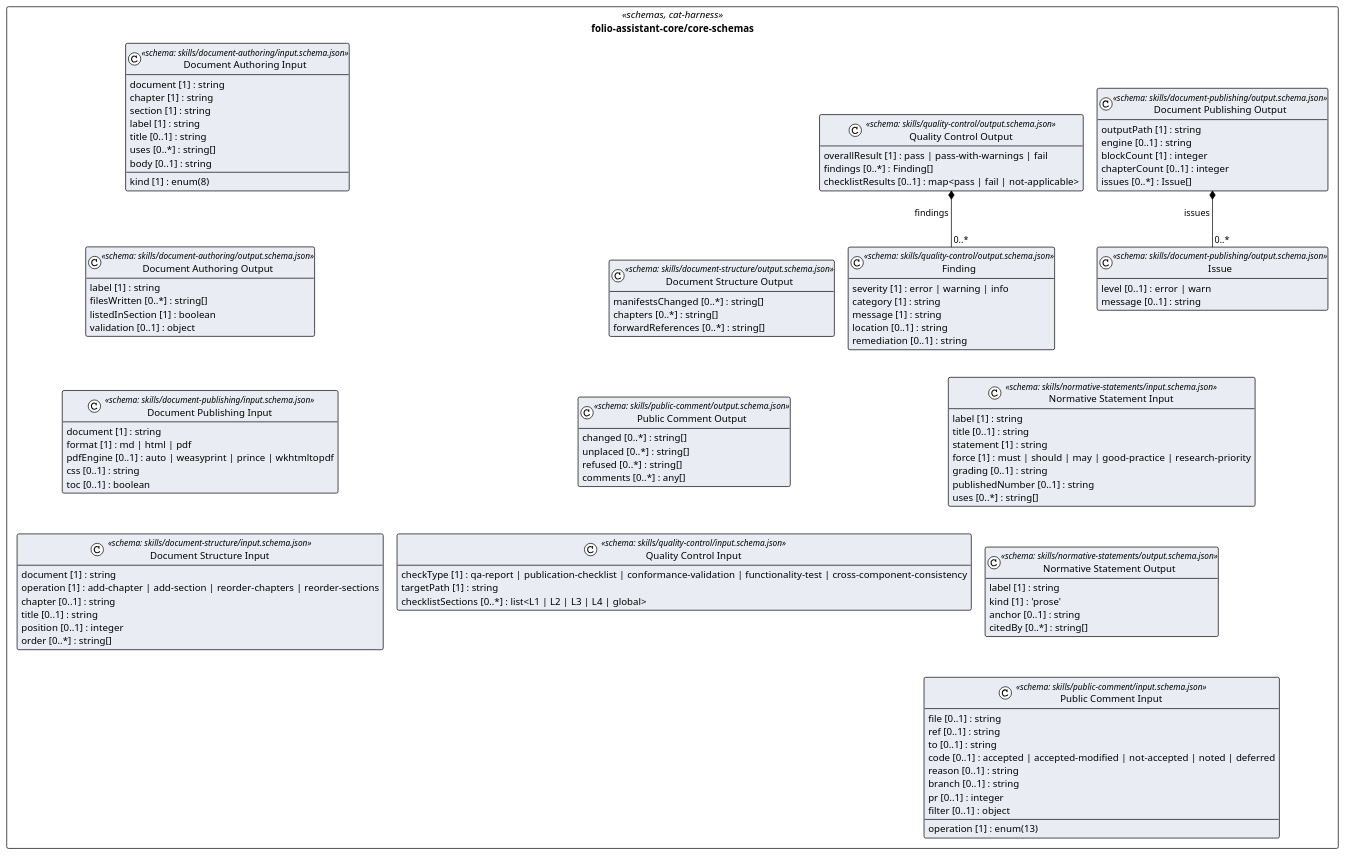
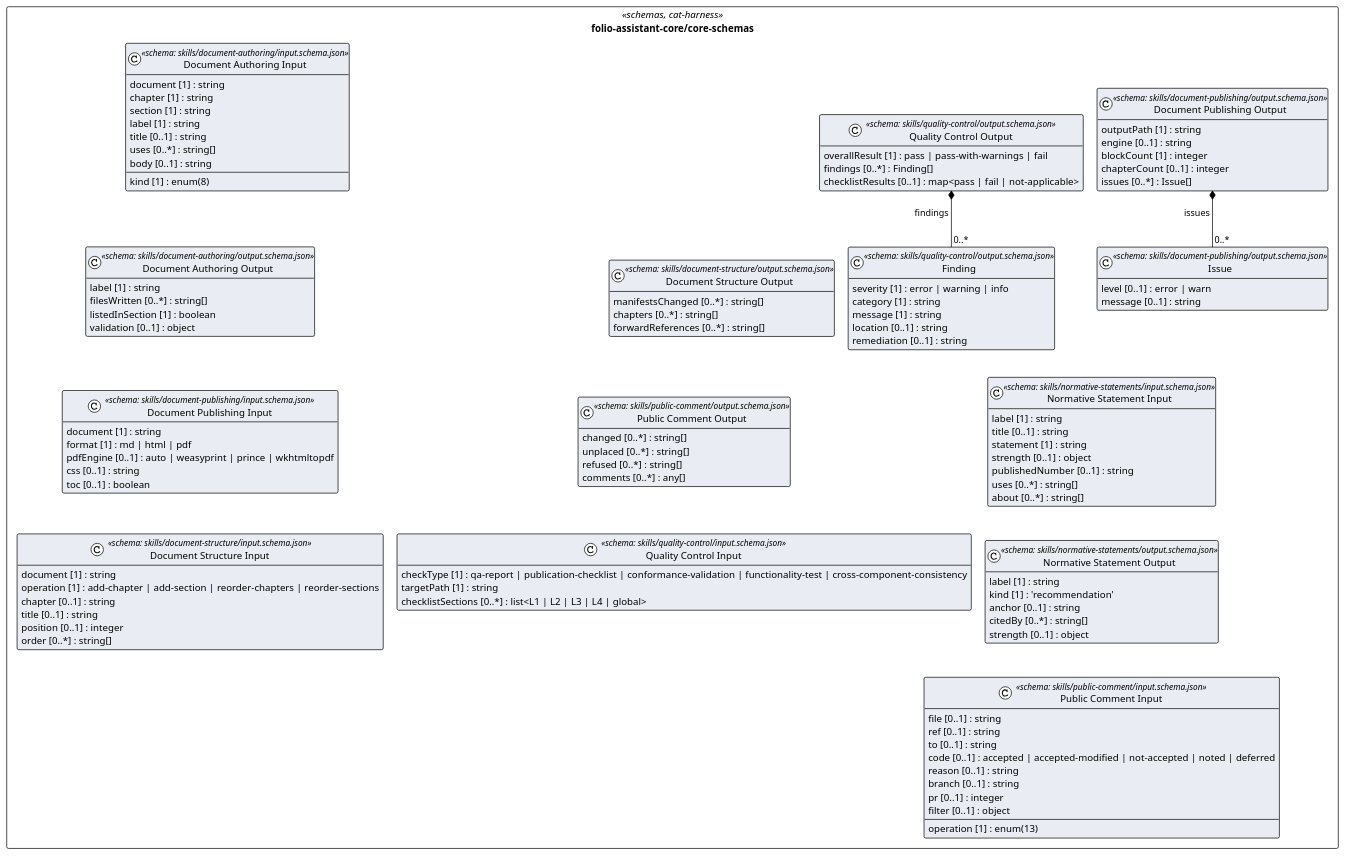
The diagram in uml/overview/folio-assistant-core/core-schemas.puml (litlfred/cat-harness), drawn with PlantUML before and after one commit. The commit also changed 1163 other files, not shown here.

```diff
--- a/uml/overview/folio-assistant-core/core-schemas.puml
+++ b/uml/overview/folio-assistant-core/core-schemas.puml
@@ -3,110 +3,111 @@
 @startuml folio_assistant_core_core_schemas
 !pragma layout elk
 !theme plain
 skinparam classAttributeIconSize 0
 skinparam shadowing false
 skinparam packageStyle rectangle
 hide empty methods
 
 package "folio-assistant-core/core-schemas" as pkg_folio_assistant_core_core_schemas <<schemas, cat-harness>> {
   class "Document Authoring Input" as folio_assistant_core_core_schemas_skills_document_authoring_input_schema_json_Document_Authoring_Input <<schema: skills/document-authoring/input.schema.json>> #e9edf3 {
     document [1] : string
     chapter [1] : string
     section [1] : string
     kind [1] : enum(8)
     label [1] : string
     title [0..1] : string
     uses [0..*] : string[]
     body [0..1] : string
   }
   class "Document Authoring Output" as folio_assistant_core_core_schemas_skills_document_authoring_output_schema_json_Document_Authoring_Output <<schema: skills/document-authoring/output.schema.json>> #e9edf3 {
     label [1] : string
     filesWritten [0..*] : string[]
     listedInSection [1] : boolean
     validation [0..1] : object
   }
   class "Document Publishing Input" as folio_assistant_core_core_schemas_skills_document_publishing_input_schema_json_Document_Publishing_Input <<schema: skills/document-publishing/input.schema.json>> #e9edf3 {
     document [1] : string
     format [1] : md | html | pdf
     pdfEngine [0..1] : auto | weasyprint | prince | wkhtmltopdf
     css [0..1] : string
     toc [0..1] : boolean
   }
   class "Issue" as folio_assistant_core_core_schemas_skills_document_publishing_output_schema_json_Issue <<schema: skills/document-publishing/output.schema.json>> #e9edf3 {
     level [0..1] : error | warn
     message [0..1] : string
   }
   class "Document Publishing Output" as folio_assistant_core_core_schemas_skills_document_publishing_output_schema_json_Document_Publishing_Output <<schema: skills/document-publishing/output.schema.json>> #e9edf3 {
     outputPath [1] : string
     engine [0..1] : string
     blockCount [1] : integer
     chapterCount [0..1] : integer
     issues [0..*] : Issue[]
   }
   class "Document Structure Input" as folio_assistant_core_core_schemas_skills_document_structure_input_schema_json_Document_Structure_Input <<schema: skills/document-structure/input.schema.json>> #e9edf3 {
     document [1] : string
     operation [1] : add-chapter | add-section | reorder-chapters | reorder-sections
     chapter [0..1] : string
     title [0..1] : string
     position [0..1] : integer
     order [0..*] : string[]
   }
   class "Document Structure Output" as folio_assistant_core_core_schemas_skills_document_structure_output_schema_json_Document_Structure_Output <<schema: skills/document-structure/output.schema.json>> #e9edf3 {
     manifestsChanged [0..*] : string[]
     chapters [0..*] : string[]
     forwardReferences [0..*] : string[]
   }
   class "Normative Statement Input" as folio_assistant_core_core_schemas_skills_normative_statements_input_schema_json_Normative_Statement_Input <<schema: skills/normative-statements/input.schema.json>> #e9edf3 {
     label [1] : string
     title [0..1] : string
     statement [1] : string
-    force [1] : must | should | may | good-practice | research-priority
-    grading [0..1] : string
+    strength [0..1] : object
     publishedNumber [0..1] : string
     uses [0..*] : string[]
+    about [0..*] : string[]
   }
   class "Normative Statement Output" as folio_assistant_core_core_schemas_skills_normative_statements_output_schema_json_Normative_Statement_Output <<schema: skills/normative-statements/output.schema.json>> #e9edf3 {
     label [1] : string
-    kind [1] : 'prose'
+    kind [1] : 'recommendation'
     anchor [0..1] : string
     citedBy [0..*] : string[]
+    strength [0..1] : object
   }
   class "Public Comment Input" as folio_assistant_core_core_schemas_skills_public_comment_input_schema_json_Public_Comment_Input <<schema: skills/public-comment/input.schema.json>> #e9edf3 {
     operation [1] : enum(13)
     file [0..1] : string
     ref [0..1] : string
     to [0..1] : string
     code [0..1] : accepted | accepted-modified | not-accepted | noted | deferred
     reason [0..1] : string
     branch [0..1] : string
     pr [0..1] : integer
     filter [0..1] : object
   }
   class "Public Comment Output" as folio_assistant_core_core_schemas_skills_public_comment_output_schema_json_Public_Comment_Output <<schema: skills/public-comment/output.schema.json>> #e9edf3 {
     changed [0..*] : string[]
     unplaced [0..*] : string[]
     refused [0..*] : string[]
     comments [0..*] : any[]
   }
   class "Quality Control Input" as folio_assistant_core_core_schemas_skills_quality_control_input_schema_json_Quality_Control_Input <<schema: skills/quality-control/input.schema.json>> #e9edf3 {
     checkType [1] : qa-report | publication-checklist | conformance-validation | functionality-test | cross-component-consistency
     targetPath [1] : string
     checklistSections [0..*] : list<L1 | L2 | L3 | L4 | global>
   }
   class "Finding" as folio_assistant_core_core_schemas_skills_quality_control_output_schema_json_Finding <<schema: skills/quality-control/output.schema.json>> #e9edf3 {
     severity [1] : error | warning | info
     category [1] : string
     message [1] : string
     location [0..1] : string
     remediation [0..1] : string
   }
   class "Quality Control Output" as folio_assistant_core_core_schemas_skills_quality_control_output_schema_json_Quality_Control_Output <<schema: skills/quality-control/output.schema.json>> #e9edf3 {
     overallResult [1] : pass | pass-with-warnings | fail
     findings [0..*] : Finding[]
     checklistResults [0..1] : map<pass | fail | not-applicable>
   }
 }
 
 folio_assistant_core_core_schemas_skills_document_publishing_output_schema_json_Document_Publishing_Output *-- "0..*" folio_assistant_core_core_schemas_skills_document_publishing_output_schema_json_Issue : issues
 folio_assistant_core_core_schemas_skills_quality_control_output_schema_json_Quality_Control_Output *-- "0..*" folio_assistant_core_core_schemas_skills_quality_control_output_schema_json_Finding : findings
 @enduml
```
